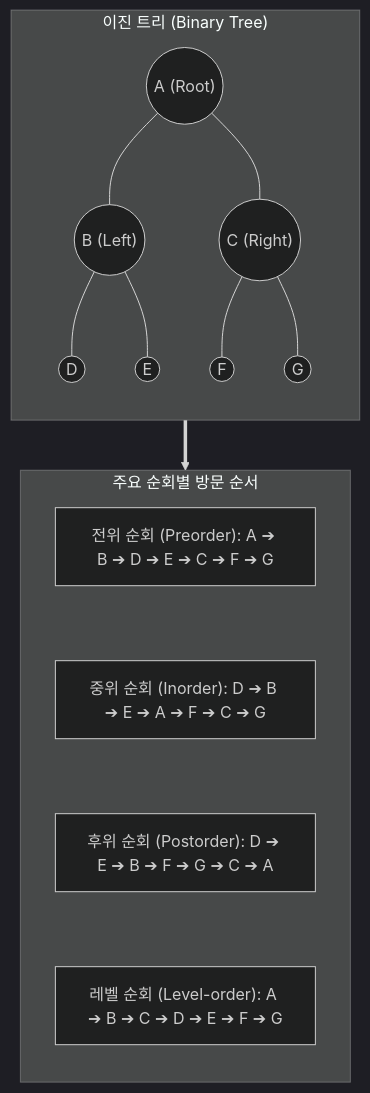
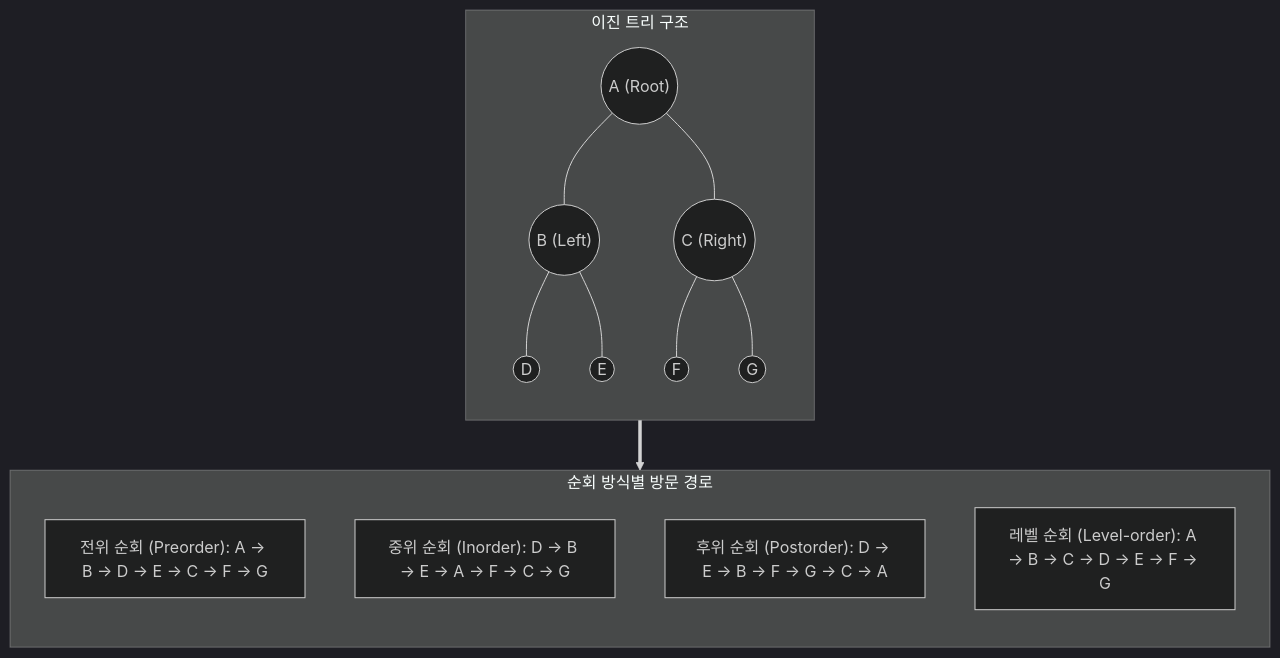
One commit to supremethumb/supremethumb.github.io changed the diagram in content/01_IT Tech/트리 순회.md. Above: the diagram before and after it, drawn with Mermaid (dark theme). The commit also changed other lines of this file and 362 other files, not shown here.

````diff
--- a/content/01_IT Tech/트리 순회.md
+++ b/content/01_IT Tech/트리 순회.md
@@ -28,33 +36,27 @@
 ```mermaid
 flowchart TB
-    subgraph Tree_Structure["이진 트리 (Binary Tree)"]
+    subgraph Tree ["이진 트리 구조"]
         direction TB
         A(("A (Root)"))
         B(("B (Left)"))
         C(("C (Right)"))
         D(("D"))
         E(("E"))
         F(("F"))
         G(("G"))
         
-        A --- B
-        A --- C
-        B --- D
-        B --- E
-        C --- F
-        C --- G
+        A --- B & C
+        B --- D & E
+        C --- F & G
     end
 
-    subgraph Traversal_Order["주요 순회별 방문 순서"]
+    subgraph Traversal ["순회 방식별 방문 경로"]
         direction TB
-        Pre["전위 순회 (Preorder): A ➔ B ➔ D ➔ E ➔ C ➔ F ➔ G"]
-        In["중위 순회 (Inorder): D ➔ B ➔ E ➔ A ➔ F ➔ C ➔ G"]
-        Post["후위 순회 (Postorder): D ➔ E ➔ B ➔ F ➔ G ➔ C ➔ A"]
-        Level["레벨 순회 (Level-order): A ➔ B ➔ C ➔ D ➔ E ➔ F ➔ G"]
-        
-        Pre ~~~ In ~~~ Post ~~~ Level
+        Pre["전위 순회 (Preorder): A → B → D → E → C → F → G"]
+        In["중위 순회 (Inorder): D → B → E → A → F → C → G"]
+        Post["후위 순회 (Postorder): D → E → B → F → G → C → A"]
+        Level["레벨 순회 (Level-order): A → B → C → D → E → F → G"]
     end
-    
-    Tree_Structure ==> Traversal_Order
 
+    Tree ==> Traversal
 ```
````
